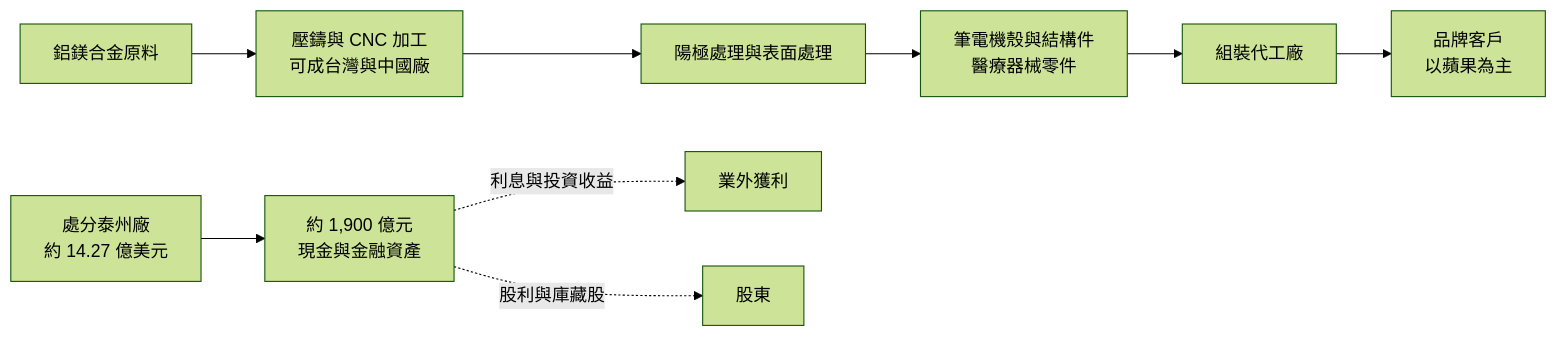
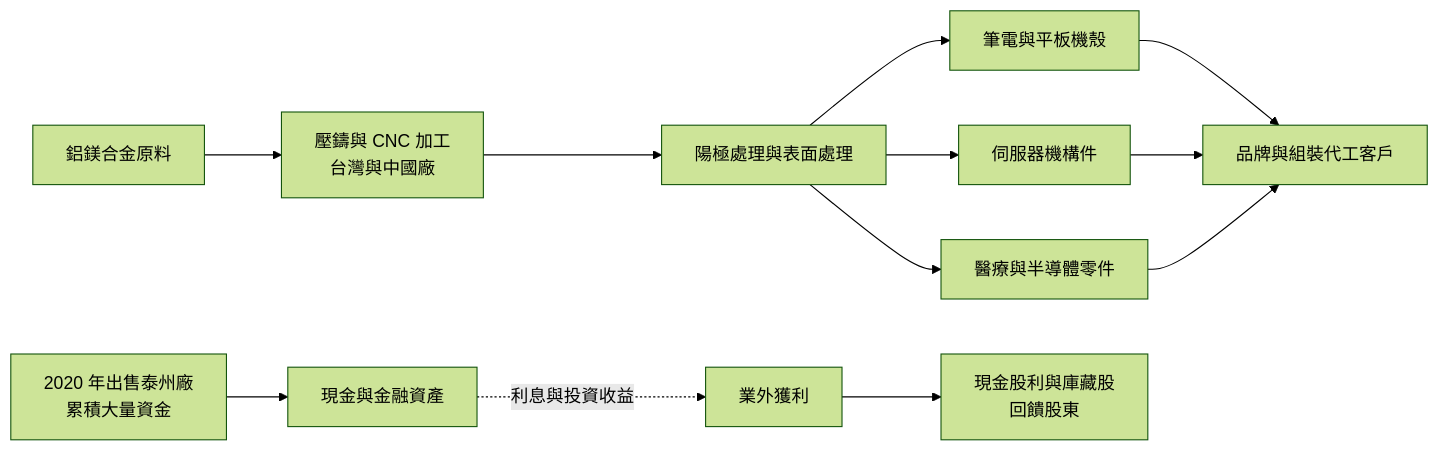
One commit to wangnick1004/taiwan-stock-vault changed the second of 4 diagrams in 個股/台股/2474可成.md. Above: the diagram before and after it, drawn with Mermaid (forest theme). The commit also changed other lines of this file and 19 other files, not shown here.

````diff
--- a/個股/台股/2474可成.md
+++ b/個股/台股/2474可成.md
@@ -70,11 +67,14 @@
 ```mermaid
 flowchart LR
-    A["鋁鎂合金原料"] --> B["壓鑄與 CNC 加工<br/>可成台灣與中國廠"]
-    B --> C["陽極處理與表面處理"]
-    C --> D["筆電機殼與結構件<br/>醫療器械零件"]
-    D --> E["組裝代工廠"]
-    E --> F["品牌客戶<br/>以蘋果為主"]
-    G["處分泰州廠<br/>約 14.27 億美元"] --> H["約 1,900 億元<br/>現金與金融資產"]
-    H -. 利息與投資收益 .-> I["業外獲利"]
-    H -. 股利與庫藏股 .-> J["股東"]
+    A[鋁鎂合金原料] --> B["壓鑄與 CNC 加工<br/>台灣與中國廠"]
+    B --> C[陽極處理與表面處理]
+    C --> D1[筆電與平板機殼]
+    C --> D2[伺服器機構件]
+    C --> D3[醫療與半導體零件]
+    D1 --> E[品牌與組裝代工客戶]
+    D2 --> E
+    D3 --> E
+    G["2020 年出售泰州廠<br/>累積大量資金"] --> H[現金與金融資產]
+    H -. 利息與投資收益 .-> I[業外獲利]
+    I --> J["現金股利與庫藏股<br/>回饋股東"]
 ```
````
